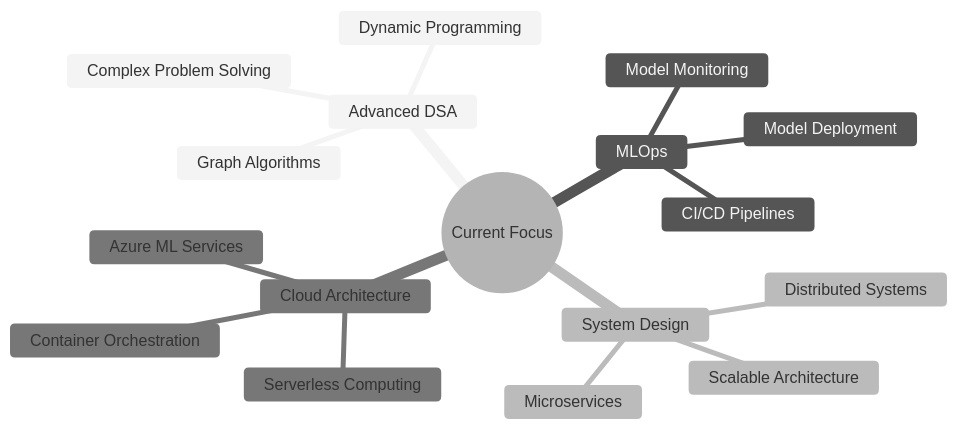
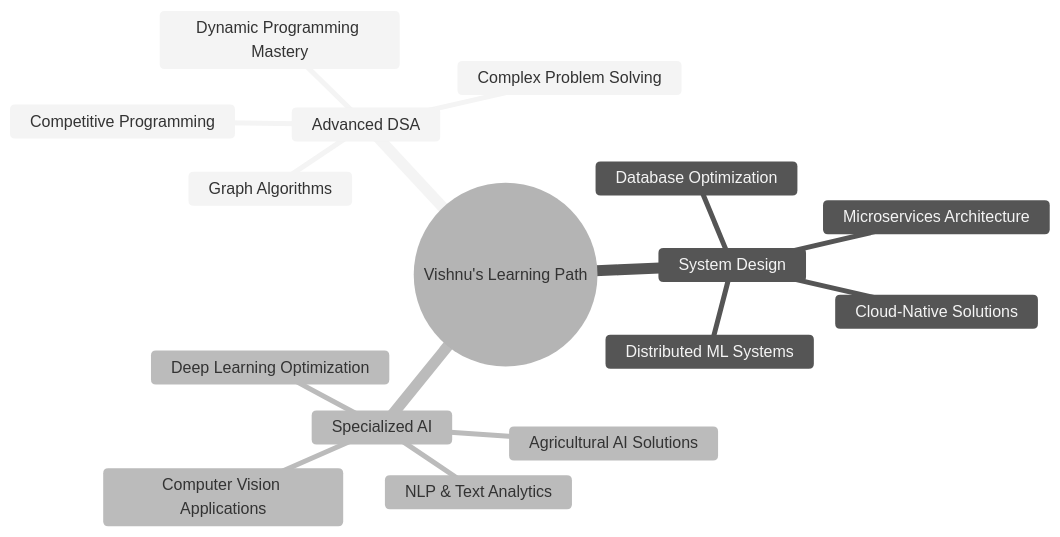
The diagram in README.md (VISHNU-VARDHAN-MAMIDISETTI1/VISHNU-VARDHAN-MAMIDISETTI1), drawn with Mermaid (neutral theme) before and after one commit. The commit also changed other lines of this file, not shown here.

````diff
--- a/README.md
+++ b/README.md
@@ -226,20 +248,19 @@
 ```mermaid
 mindmap
-  root((Current Focus))
+  root((Vishnu's Learning Path))
     Advanced DSA
-      Dynamic Programming
+      Dynamic Programming Mastery
       Graph Algorithms
       Complex Problem Solving
-    MLOps
-      Model Deployment
-      CI/CD Pipelines
-      Model Monitoring
+      Competitive Programming
     System Design
-      Scalable Architecture
-      Distributed Systems
-      Microservices
-    Cloud Architecture
-      Azure ML Services
-      Serverless Computing
-      Container Orchestration
+      Distributed ML Systems
+      Microservices Architecture
+      Database Optimization
+      Cloud-Native Solutions
+    Specialized AI
+      Computer Vision Applications
+      NLP & Text Analytics
+      Deep Learning Optimization
+      Agricultural AI Solutions
 ```
````
